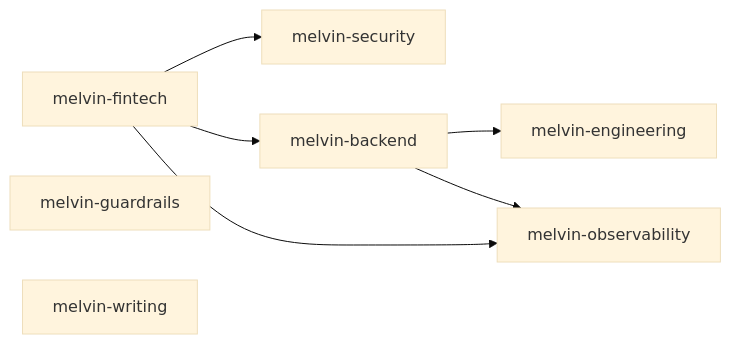
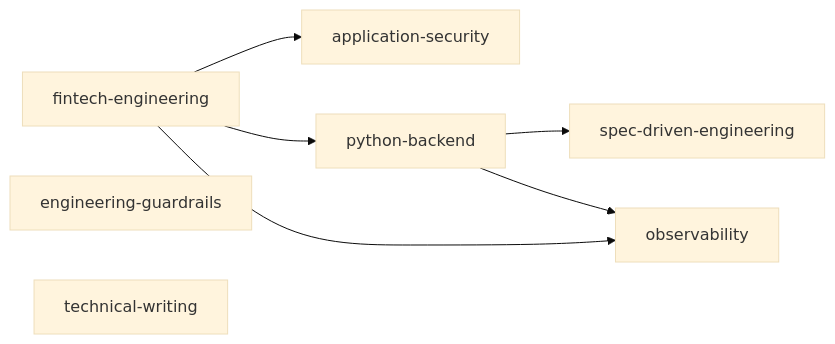
The diagram in docs/architecture.md (melvnl/agent-skills), drawn with Mermaid (base theme) before and after one commit. The commit also changed other lines of this file and 32 other files, not shown here.

````diff
--- a/docs/architecture.md
+++ b/docs/architecture.md
@@ -23,13 +23,13 @@
 ```mermaid
 flowchart LR
-  ENG[melvin-engineering] 
-  OBS[melvin-observability]
-  SEC[melvin-security]
-  BE[melvin-backend] --> ENG
+  ENG[spec-driven-engineering] 
+  OBS[observability]
+  SEC[application-security]
+  BE[python-backend] --> ENG
   BE --> OBS
-  FIN[melvin-fintech] --> BE
+  FIN[fintech-engineering] --> BE
   FIN --> SEC
   FIN --> OBS
-  GR[melvin-guardrails]
-  WR[melvin-writing]
+  GR[engineering-guardrails]
+  WR[technical-writing]
 ```
````
